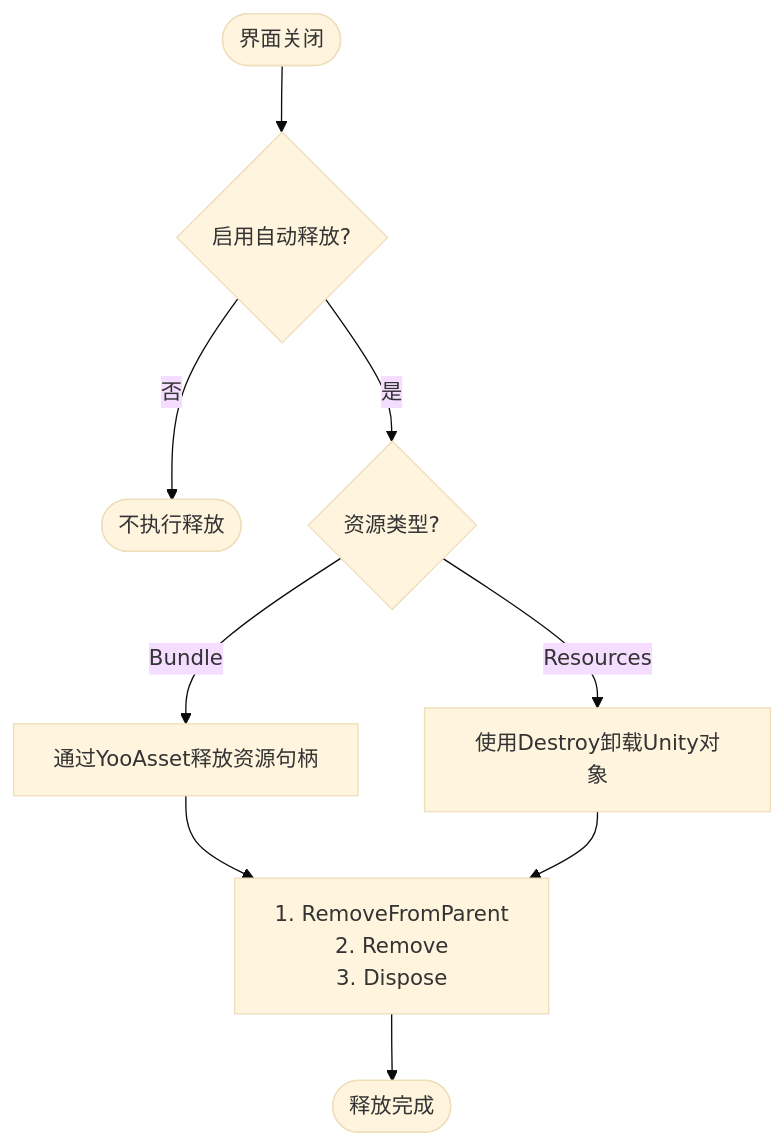
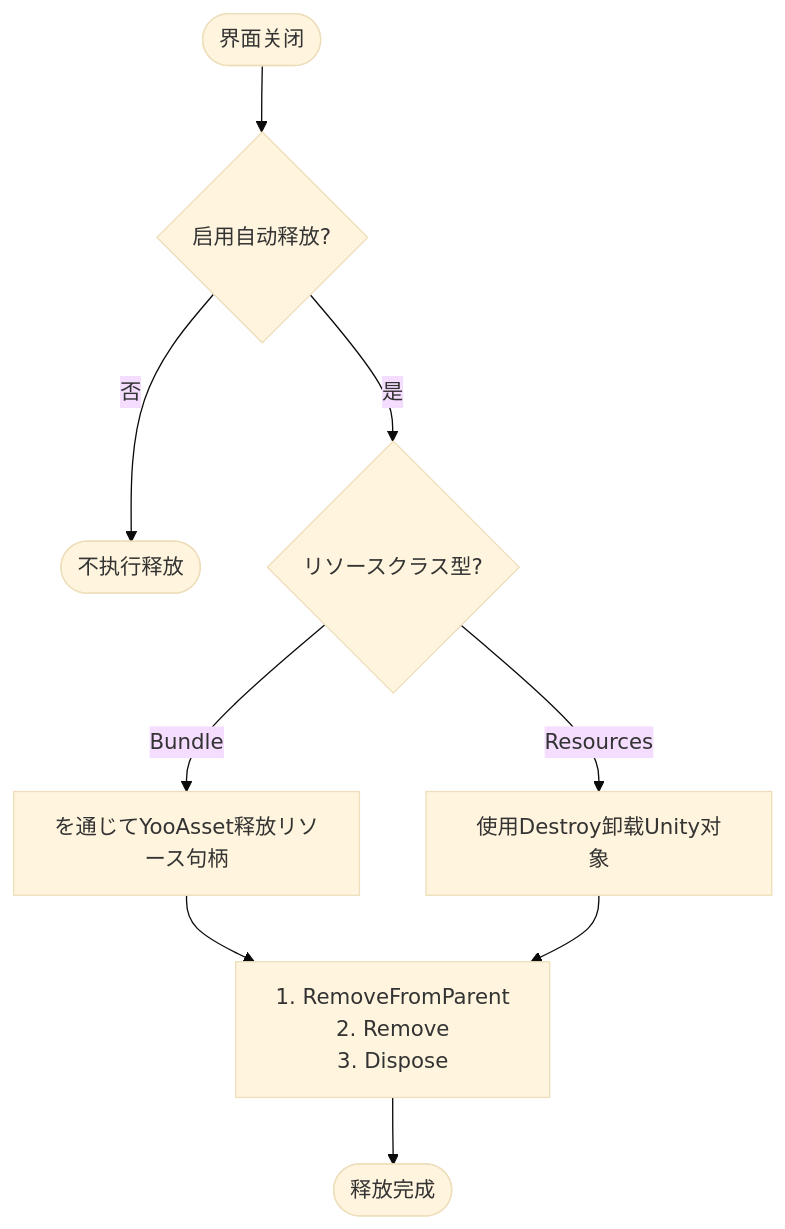
Before and after one commit to AlianBlank/GameFrameX.Docs: the third of 3 diagrams in docs/ja/client/unity/component/ui-fairygui/10.form-helper.md, drawn with Mermaid (base theme). The commit also changed other lines of this file and 603 other files, not shown here.

````diff
--- a/docs/ja/client/unity/component/ui-fairygui/10.form-helper.md
+++ b/docs/ja/client/unity/component/ui-fairygui/10.form-helper.md
@@ -269,14 +269,14 @@
 ```mermaid
 flowchart TD
     Start([界面关闭]) --> CheckAuto{启用自动释放?}
     CheckAuto -->|否| End1([不执行释放])
-    CheckAuto -->|是| CheckType{资源类型?}
+    CheckAuto -->|是| CheckType{リソースクラス型?}
     
-    CheckType -->|Bundle| ReleaseBundle[通过YooAsset释放资源句柄]
+    CheckType -->|Bundle| ReleaseBundle[を通じてYooAsset释放リソース句柄]
     CheckType -->|Resources| ReleaseResources[使用Destroy卸载Unity对象]
     
     ReleaseBundle --> ClearGComponent[1. RemoveFromParent<br/>2. Remove<br/>3. Dispose]
     ReleaseResources --> ClearGComponent
     
     ClearGComponent --> End([释放完成])
 ```
````
